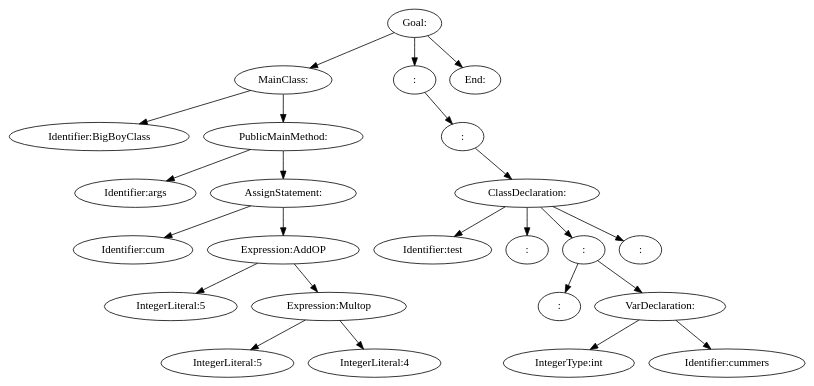
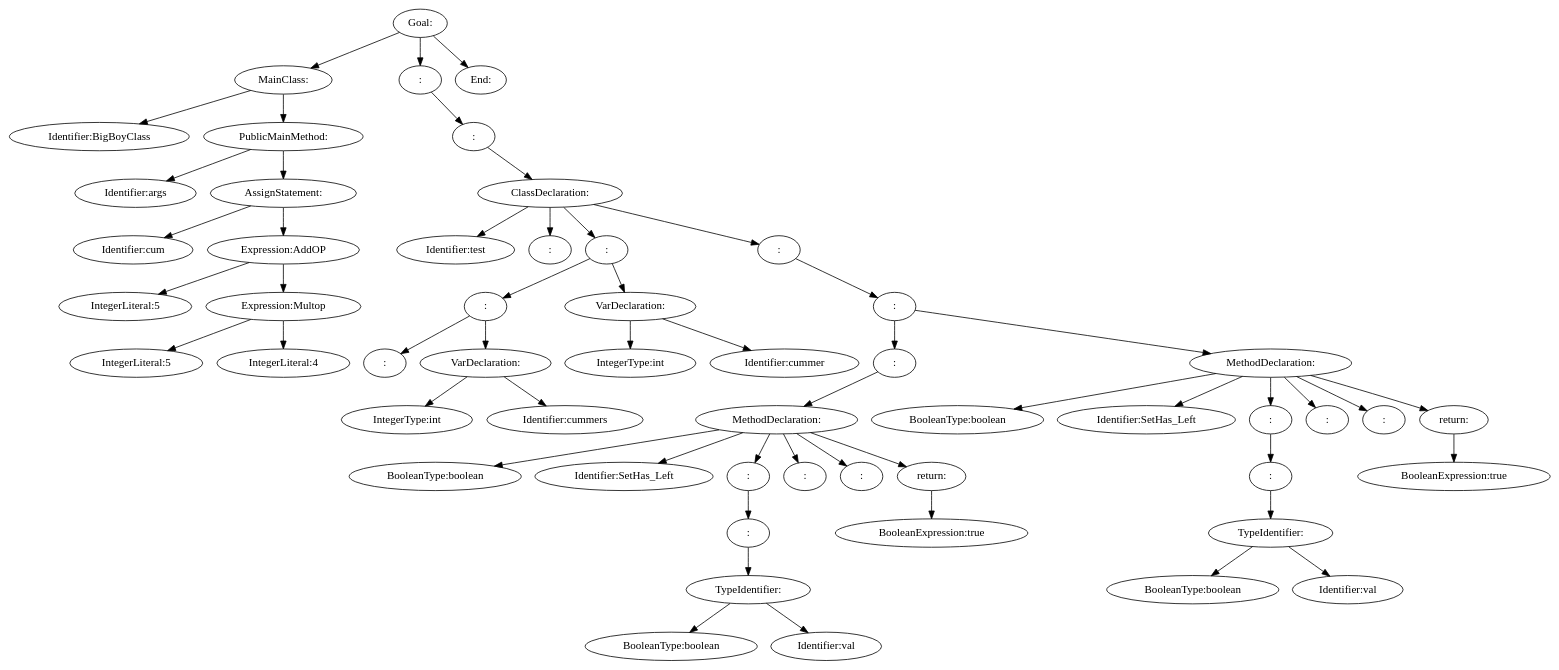
One commit to DingusDungus/kompilator2 changed the diagram in semantic/tree.dot. Above: the diagram before and after it, drawn with Graphviz. The commit also changed 5 other files, not shown here.

```diff
--- a/semantic/tree.dot
+++ b/semantic/tree.dot
@@ -1,49 +1,109 @@
 digraph {
 n0 [label="Goal:"];
 n1 [label="MainClass:"];
 n2 [label="Identifier:BigBoyClass"];
 n1 -> n2
 n3 [label="PublicMainMethod:"];
 n4 [label="Identifier:args"];
 n3 -> n4
 n5 [label="AssignStatement:"];
 n6 [label="Identifier:cum"];
 n5 -> n6
 n7 [label="Expression:AddOP"];
 n8 [label="IntegerLiteral:5"];
 n7 -> n8
 n9 [label="Expression:Multop"];
 n10 [label="IntegerLiteral:5"];
 n9 -> n10
 n11 [label="IntegerLiteral:4"];
 n9 -> n11
 n7 -> n9
 n5 -> n7
 n3 -> n5
 n1 -> n3
 n0 -> n1
 n12 [label=":"];
 n13 [label=":"];
 n14 [label="ClassDeclaration:"];
 n15 [label="Identifier:test"];
 n14 -> n15
 n16 [label=":"];
 n14 -> n16
 n17 [label=":"];
 n18 [label=":"];
+n19 [label=":"];
+n18 -> n19
+n20 [label="VarDeclaration:"];
+n21 [label="IntegerType:int"];
+n20 -> n21
+n22 [label="Identifier:cummers"];
+n20 -> n22
+n18 -> n20
 n17 -> n18
-n19 [label="VarDeclaration:"];
-n20 [label="IntegerType:int"];
-n19 -> n20
-n21 [label="Identifier:cummers"];
-n19 -> n21
-n17 -> n19
+n23 [label="VarDeclaration:"];
+n24 [label="IntegerType:int"];
+n23 -> n24
+n25 [label="Identifier:cummer"];
+n23 -> n25
+n17 -> n23
 n14 -> n17
-n22 [label=":"];
-n14 -> n22
+n26 [label=":"];
+n27 [label=":"];
+n28 [label=":"];
+n29 [label="MethodDeclaration:"];
+n30 [label="BooleanType:boolean"];
+n29 -> n30
+n31 [label="Identifier:SetHas_Left"];
+n29 -> n31
+n32 [label=":"];
+n33 [label=":"];
+n34 [label="TypeIdentifier:"];
+n35 [label="BooleanType:boolean"];
+n34 -> n35
+n36 [label="Identifier:val"];
+n34 -> n36
+n33 -> n34
+n32 -> n33
+n29 -> n32
+n37 [label=":"];
+n29 -> n37
+n38 [label=":"];
+n29 -> n38
+n39 [label="return:"];
+n40 [label="BooleanExpression:true"];
+n39 -> n40
+n29 -> n39
+n28 -> n29
+n27 -> n28
+n41 [label="MethodDeclaration:"];
+n42 [label="BooleanType:boolean"];
+n41 -> n42
+n43 [label="Identifier:SetHas_Left"];
+n41 -> n43
+n44 [label=":"];
+n45 [label=":"];
+n46 [label="TypeIdentifier:"];
+n47 [label="BooleanType:boolean"];
+n46 -> n47
+n48 [label="Identifier:val"];
+n46 -> n48
+n45 -> n46
+n44 -> n45
+n41 -> n44
+n49 [label=":"];
+n41 -> n49
+n50 [label=":"];
+n41 -> n50
+n51 [label="return:"];
+n52 [label="BooleanExpression:true"];
+n51 -> n52
+n41 -> n51
+n27 -> n41
+n26 -> n27
+n14 -> n26
 n13 -> n14
 n12 -> n13
 n0 -> n12
-n23 [label="End:"];
-n0 -> n23
+n53 [label="End:"];
+n0 -> n53
 }
```
